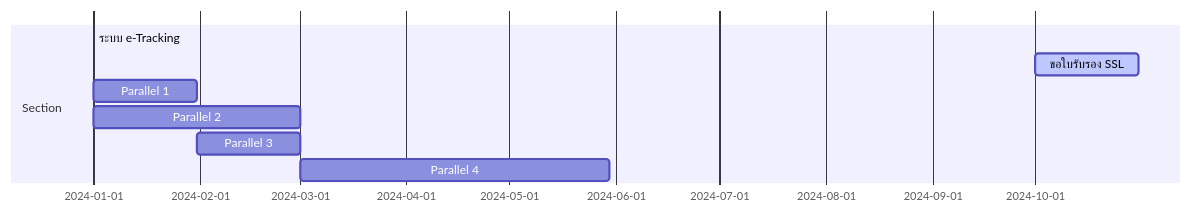
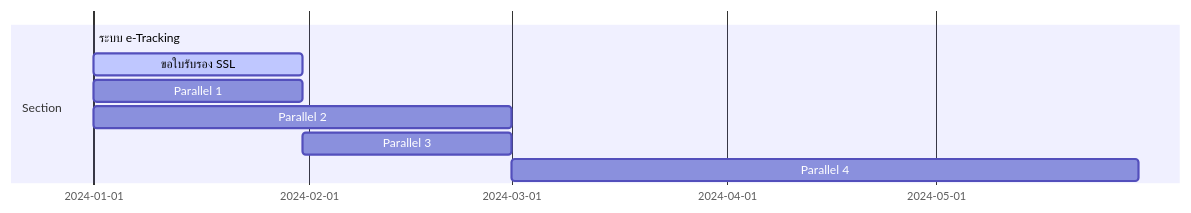
The diagram in README.md (Kietpawpan/e-tracking), drawn with Mermaid before and after one commit.

````diff
--- a/README.md
+++ b/README.md
@@ -6,10 +6,10 @@
 ```mermaid
 gantt
     section Section
     ระบบ e-Tracking :done,    des1, 2024-01-01,2024-01-30
-    ขอใบรับรอง SSL        :active,  des2, 2024-10-01, 30d
+    ขอใบรับรอง SSL        :active, des2, after des1, 30d
     Parallel 1   :         des3, after des1, 30d
     Parallel 2   :         des4, after des1, 60d
     Parallel 3   :         des5, after des3, 30d
     Parallel 4   :         des6, after des4, 90d
 ```
````
